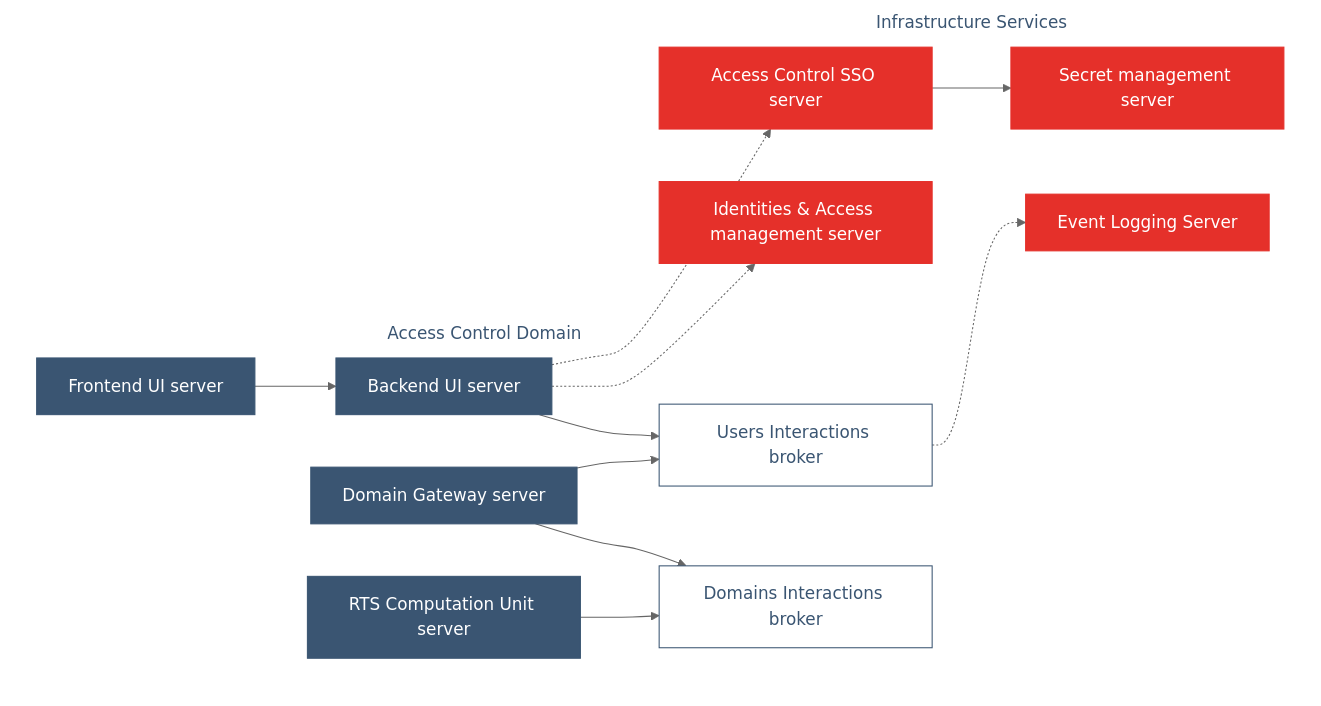
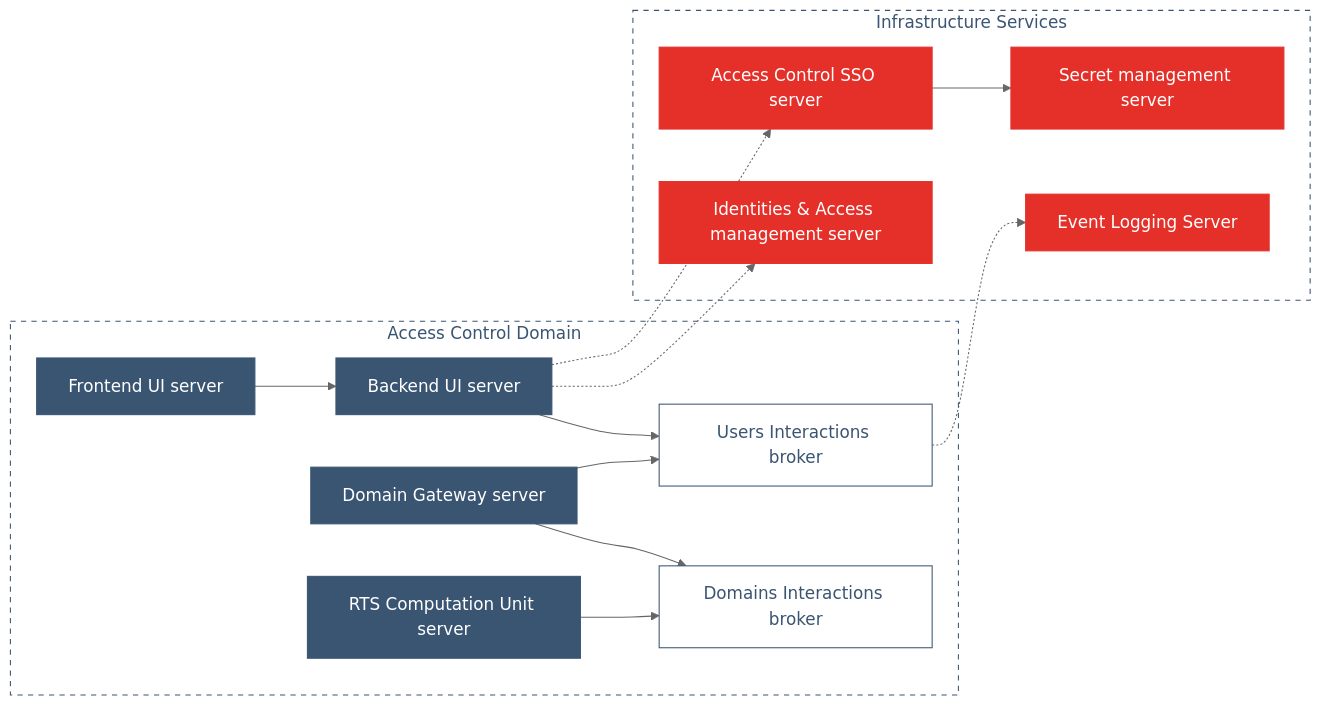
One commit to cybnity/foundation changed the diagram in prototypes-line/techstack/v0/README.md. Above: the diagram before and after it, drawn with Mermaid (neutral theme).

````diff
--- a/prototypes-line/techstack/v0/README.md
+++ b/prototypes-line/techstack/v0/README.md
@@ -62,30 +62,25 @@
 ```mermaid
 flowchart LR
     subgraph domain[Access Control Domain]
         frontui[Frontend UI server]:::system --> backend[Backend UI server]:::system;
         backend --> uispace[Users Interactions broker]:::techcomp;
         gateway[Domain Gateway server]:::system --> domainspace[Domains Interactions broker]:::techcomp;
         rtscomput[RTS Computation Unit server]:::system --> domainspace;
     end
     subgraph infrastructure[Infrastructure Services]
         sso[Access Control SSO server]:::techsys --> secret[Secret management server]:::techsys;
         idm[Identities & Access management server]:::techsys;
         logging[Event Logging Server]:::techsys;
     end
     backend -.-> idm;
     backend -.-> sso;
     uispace -.-> logging;
     gateway --> uispace;
     infrastructure:::area;
     domain:::area;
     
 	classDef system fill:#3a5572,stroke:#3a5572,color:#fff;
 	classDef techcomp fill:#fff,stroke:#3a5572,color:#3a5572;
 	classDef techsys fill:#e5302a,stroke:#e5302a,color:#fff;
-	classDef area fill:#fff,stroke:#fff,color:#3a5572,stroke-width:1px,stroke-dasharray: 5 5;
-	
-    classDef influencefactor fill:#ffffff,stroke:#e5302a,stroke-width:1px,color:#e5302a,stroke-dasharray: 5 5;
-	classDef influenceactor fill:#888888,stroke:#888888,stroke-width:1px,color:#fff;
-	classDef opportunitycriteria fill:#efefef,stroke:#afafaf,stroke-width:1px,color:#000;
-	
+	classDef area fill:#fff,stroke:#3a5572,color:#3a5572,stroke-width:1px,stroke-dasharray: 5 5;
 ```
````
